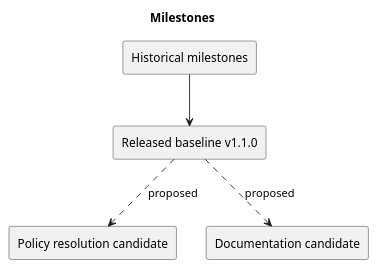
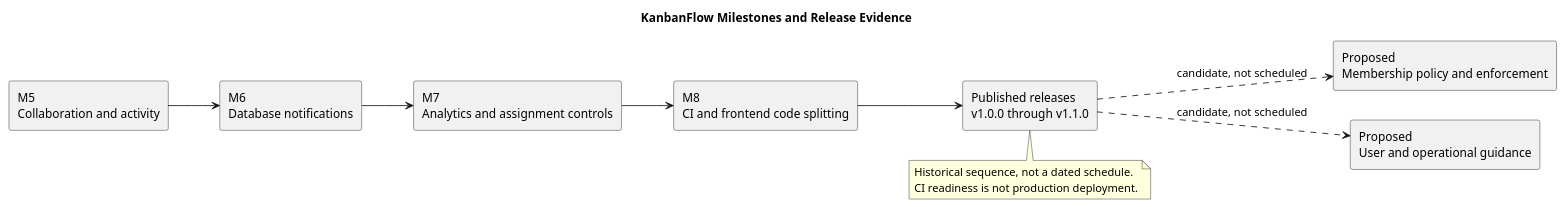
One commit to Farhad-Valizadegan/Web-KanbanFlow changed the diagram in docs/Project-Management/diagrams/milestones.puml. Above: the diagram before and after it, drawn with PlantUML. The commit also changed 2 other files, not shown here.

Commit message:
docs: complete milestone register and evidence boundaries

```diff
--- a/docs/Project-Management/diagrams/milestones.puml
+++ b/docs/Project-Management/diagrams/milestones.puml
@@ -1,10 +1,21 @@
 @startuml
-title Milestones
-rectangle "Historical milestones" as H
-rectangle "Released baseline v1.1.0" as B
-rectangle "Policy resolution candidate" as P
-rectangle "Documentation candidate" as D
-H --> B
-B ..> P : proposed
-B ..> D : proposed
+title KanbanFlow Milestones and Release Evidence
+left to right direction
+rectangle "M5\nCollaboration and activity" as M5
+rectangle "M6\nDatabase notifications" as M6
+rectangle "M7\nAnalytics and assignment controls" as M7
+rectangle "M8\nCI and frontend code splitting" as M8
+rectangle "Published releases\nv1.0.0 through v1.1.0" as R
+rectangle "Proposed\nMembership policy and enforcement" as P
+rectangle "Proposed\nUser and operational guidance" as G
+M5 --> M6
+M6 --> M7
+M7 --> M8
+M8 --> R
+R ..> P : candidate, not scheduled
+R ..> G : candidate, not scheduled
+note bottom of R
+Historical sequence, not a dated schedule.
+CI readiness is not production deployment.
+end note
 @enduml
```
